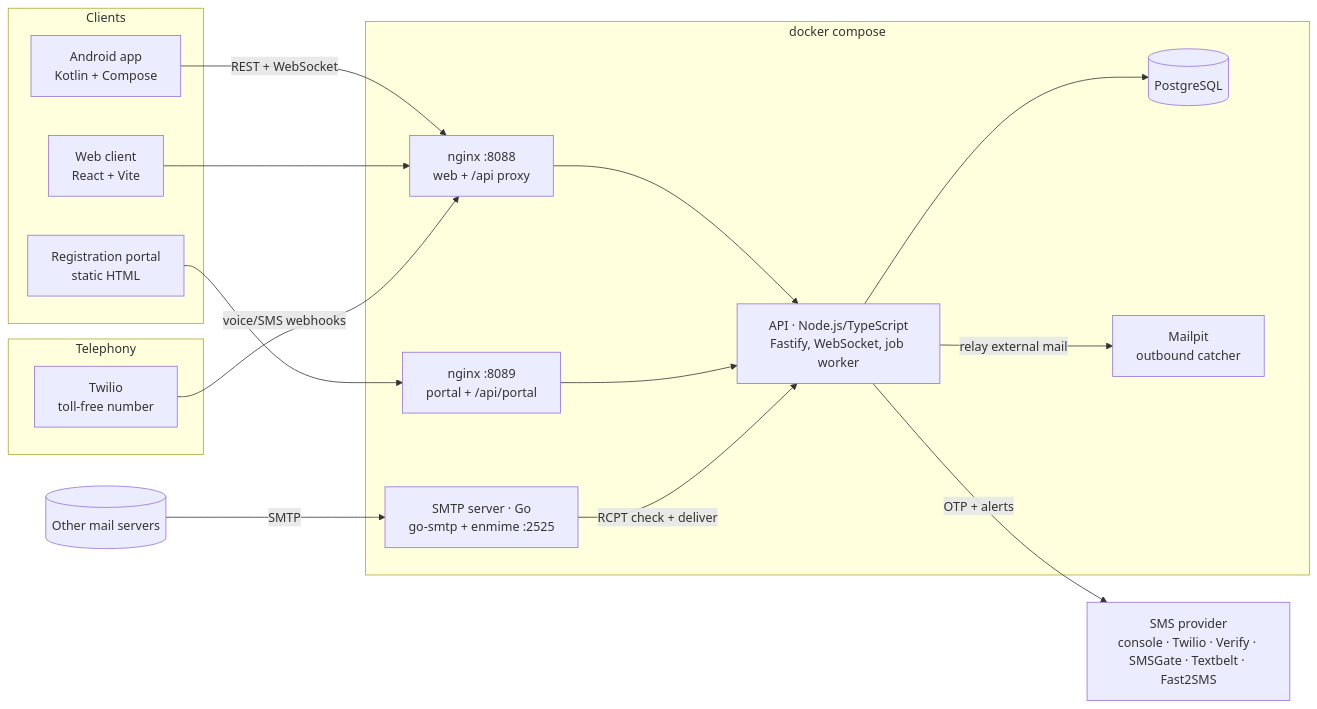
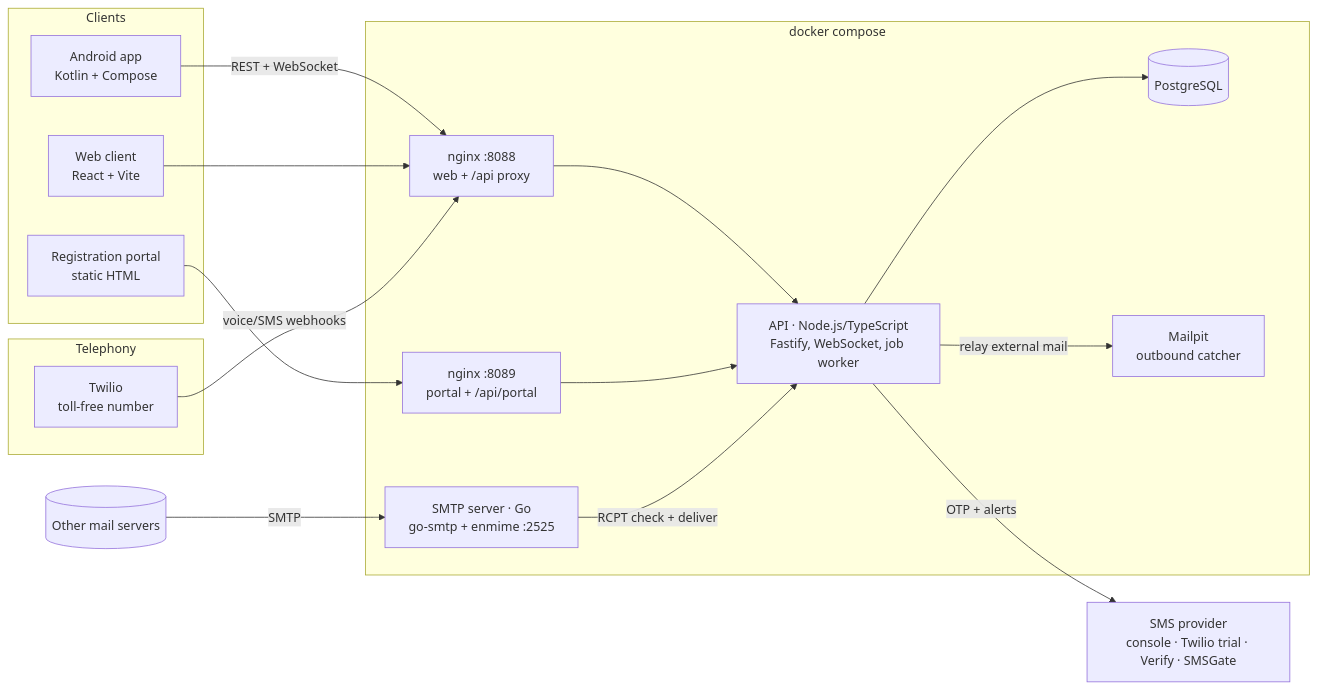
One commit to SabariLRM/AlphaStackApp changed the diagram in README.md. Above: the diagram before and after it, drawn with Mermaid. The commit also changed other lines of this file and 1 other file, not shown here.

````diff
--- a/README.md
+++ b/README.md
@@ -77,30 +77,30 @@
 ```mermaid
 flowchart LR
   subgraph Clients
     A[Android app<br/>Kotlin + Compose]
     W[Web client<br/>React + Vite]
     P[Registration portal<br/>static HTML]
   end
   subgraph Telephony
     T[Twilio<br/>toll-free number]
   end
   EXT[(Other mail servers)]
   subgraph "docker compose"
     NW[nginx :8088<br/>web + /api proxy]
     NP[nginx :8089<br/>portal + /api/portal]
     API[API · Node.js/TypeScript<br/>Fastify, WebSocket, job worker]
     MX[SMTP server · Go<br/>go-smtp + enmime :2525]
     DB[(PostgreSQL)]
     MP[Mailpit<br/>outbound catcher]
   end
-  SMS[SMS provider<br/>console · Twilio · Verify · SMSGate · Textbelt · Fast2SMS]
+  SMS[SMS provider<br/>console · Twilio trial · Verify · SMSGate]
 
   A -- REST + WebSocket --> NW
   W --> NW --> API
   P --> NP --> API
   T -- voice/SMS webhooks --> NW
   EXT -- SMTP --> MX -- RCPT check + deliver --> API
   API --> DB
   API -- relay external mail --> MP
   API -- OTP + alerts --> SMS
 ```
````
